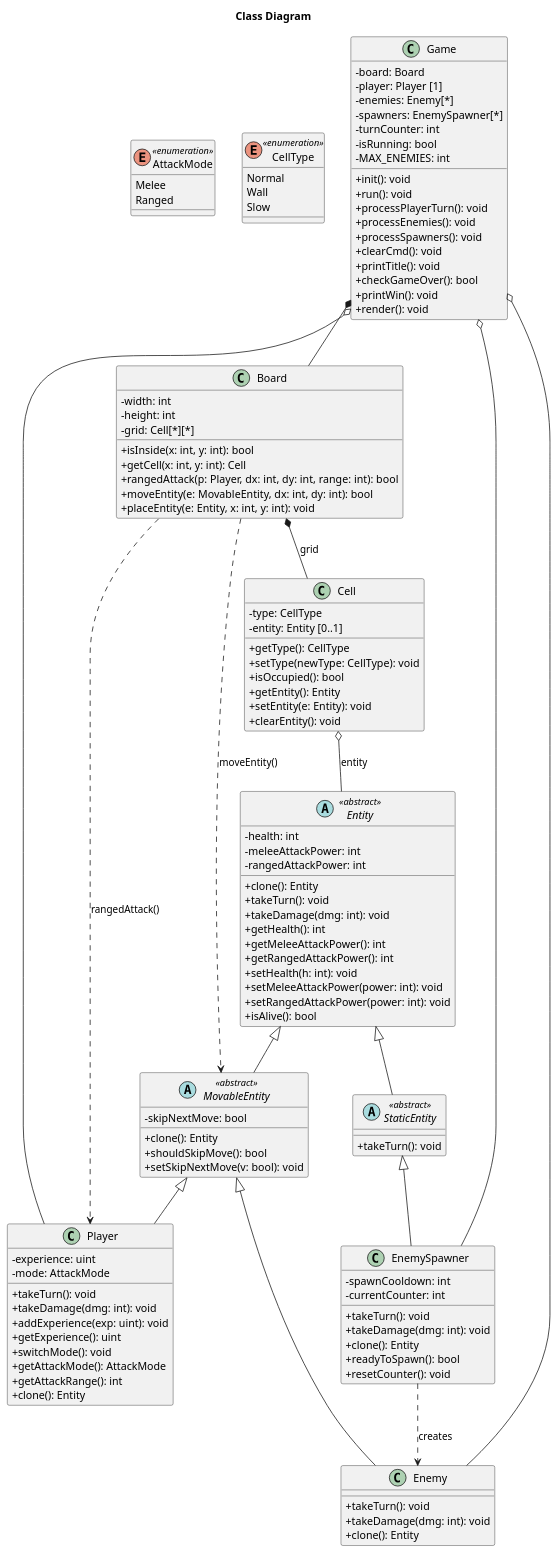
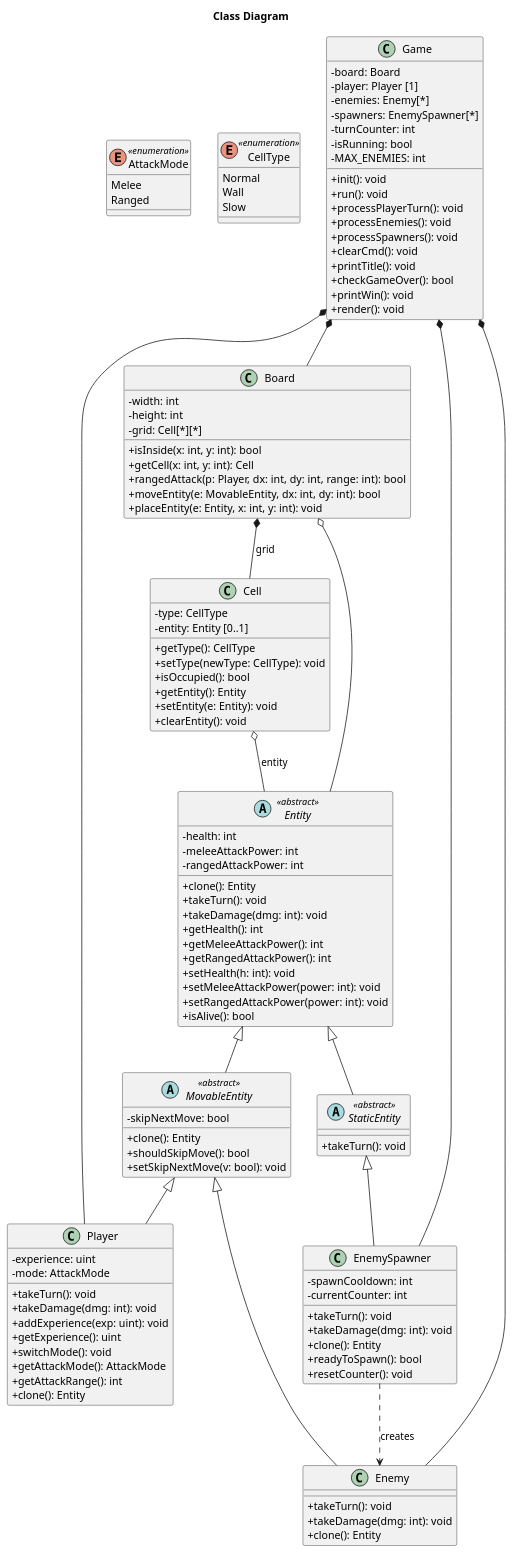
The diagram in docs/class-diagram.puml (notrich22/OOPLabs), drawn with PlantUML before and after one commit. The commit also changed 8 other files, not shown here.

```diff
--- a/docs/class-diagram.puml
+++ b/docs/class-diagram.puml
@@ -1,138 +1,137 @@
 @startuml UML
 title Class Diagram
 
 skinparam shadowing false
 skinparam classAttributeIconSize 0
 
 ' ================== ENUMS ==================
 enum AttackMode <<enumeration>>{
     Melee
     Ranged
 }
 
 enum CellType <<enumeration>>{
     Normal
     Wall
     Slow
 }
 
 ' ================== ABSTRACT CLASSES ==================
 abstract class "Entity" <<abstract>> {
     - health: int
     - meleeAttackPower: int
     - rangedAttackPower: int
     + clone(): Entity
     + takeTurn(): void
     + takeDamage(dmg: int): void
     + getHealth(): int
     + getMeleeAttackPower(): int
     + getRangedAttackPower(): int
     + setHealth(h: int): void
     + setMeleeAttackPower(power: int): void
     + setRangedAttackPower(power: int): void
     + isAlive(): bool
 }
 
 abstract class "MovableEntity" <<abstract>> {
     - skipNextMove: bool
     + clone(): Entity
     + shouldSkipMove(): bool
     + setSkipNextMove(v: bool): void
 }
 
 abstract class "StaticEntity" <<abstract>> {
     + takeTurn(): void
 }
 
 "Entity" <|-- "MovableEntity"
 "Entity" <|-- "StaticEntity"
 
 ' ================== DERIVED CLASSES ==================
 class "Player" {
     - experience: uint
     - mode: AttackMode
     + takeTurn(): void
     + takeDamage(dmg: int): void
     + addExperience(exp: uint): void
     + getExperience(): uint
     + switchMode(): void
     + getAttackMode(): AttackMode
     + getAttackRange(): int
     + clone(): Entity
 }
 
 class "Enemy" {
     + takeTurn(): void
     + takeDamage(dmg: int): void
     + clone(): Entity
 }
 
 class "EnemySpawner" {
     - spawnCooldown: int
     - currentCounter: int
     + takeTurn(): void
     + takeDamage(dmg: int): void
     + clone(): Entity
     + readyToSpawn(): bool
     + resetCounter(): void
 }
 
 "MovableEntity" <|-- "Player"
 "MovableEntity" <|-- "Enemy"
 "StaticEntity" <|-- "EnemySpawner"
 
 ' ================== FIELD CLASSES ==================
 class "Cell" {
     - type: CellType
     - entity: Entity [0..1]
     + getType(): CellType
     + setType(newType: CellType): void
     + isOccupied(): bool
     + getEntity(): Entity
     + setEntity(e: Entity): void
     + clearEntity(): void
 }
 
 class "Board" {
     - width: int
     - height: int
     - grid: Cell[*][*]
     + isInside(x: int, y: int): bool
     + getCell(x: int, y: int): Cell
     + rangedAttack(p: Player, dx: int, dy: int, range: int): bool
     + moveEntity(e: MovableEntity, dx: int, dy: int): bool
     + placeEntity(e: Entity, x: int, y: int): void
 }
 
 class "Game" {
     - board: Board
     - player: Player [1]
     - enemies: Enemy[*]
     - spawners: EnemySpawner[*]
     - turnCounter: int
     - isRunning: bool
     - MAX_ENEMIES: int
     + init(): void
     + run(): void
     + processPlayerTurn(): void
     + processEnemies(): void
     + processSpawners(): void
     + clearCmd(): void
     + printTitle(): void
     + checkGameOver(): bool
     + printWin(): void
     + render(): void
 }
 
 ' ================== RELATIONSHIPS ==================
 "Board" *-- "Cell" : grid
 "Cell" o-- "Entity" : entity
+"Board" o-- "Entity"
 "Game" *-- "Board"
-"Game" o-- "Player"
-"Game" o-- "Enemy"
-"Game" o-- "EnemySpawner"
+"Game" *-- "Player"
+"Game" *-- "Enemy"
+"Game" *-- "EnemySpawner"
 "EnemySpawner" ..> "Enemy" : creates
-"Board" ..> "Player" : rangedAttack()
-"Board" ..> "MovableEntity" : moveEntity()
 
 @enduml
```
